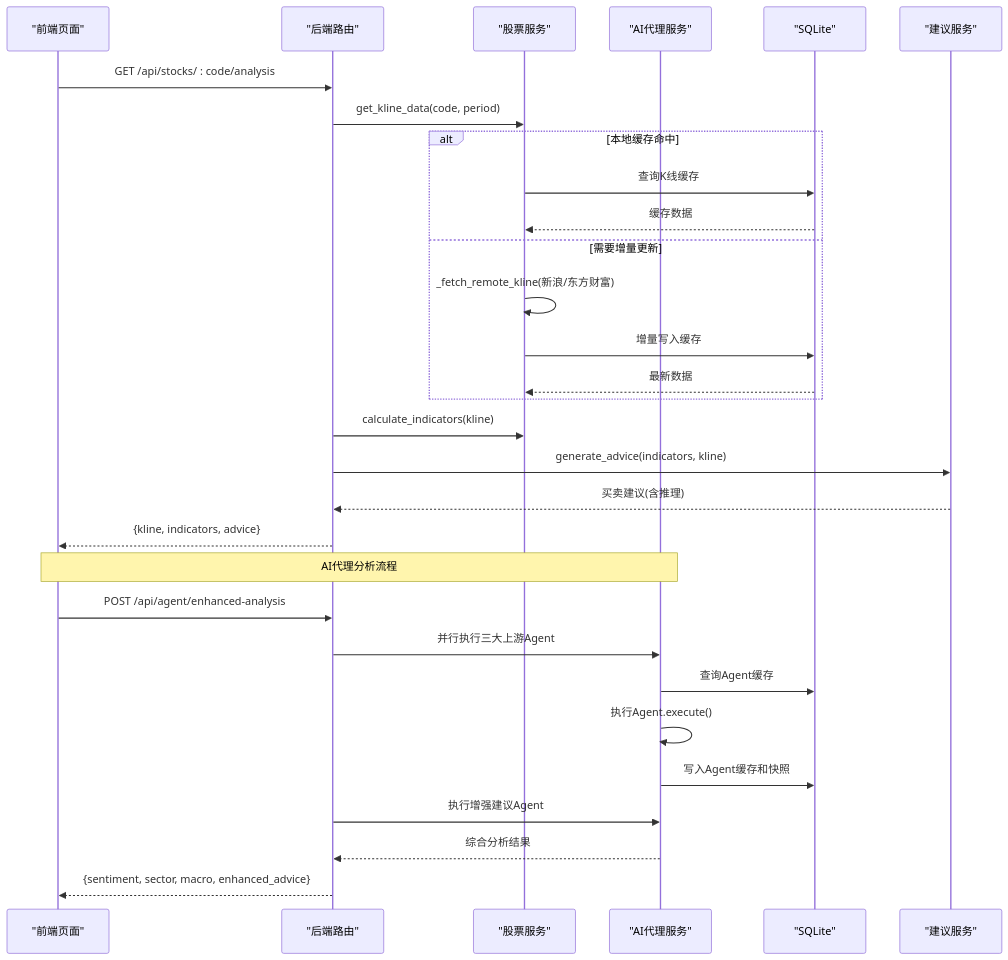
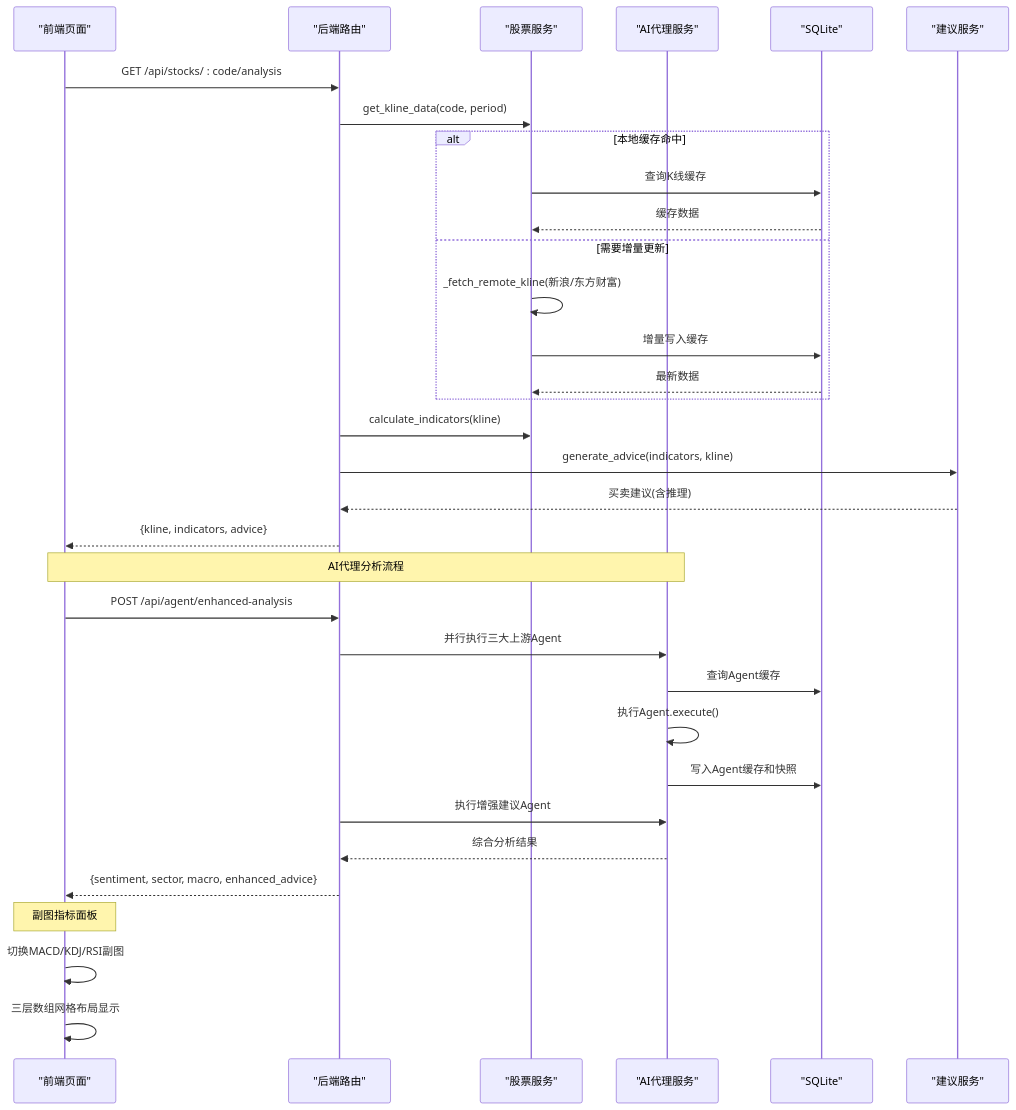
Before and after one commit to Moruime/stock_foker: the second of 11 diagrams in .qoder/repowiki/zh/content/核心功能/技术面分析系统/技术面分析系统.md, drawn with Mermaid. The commit also changed other lines of this file and 15 other files, not shown here.

````diff
--- a/.qoder/repowiki/zh/content/核心功能/技术面分析系统/技术面分析系统.md
+++ b/.qoder/repowiki/zh/content/核心功能/技术面分析系统/技术面分析系统.md
@@ -185,32 +205,35 @@
 ```mermaid
 sequenceDiagram
 participant FE as "前端页面"
 participant API as "后端路由"
 participant SVC as "股票服务"
 PARTICIPANT AG as "AI代理服务"
 participant DB as "SQLite"
 participant AD as "建议服务"
 FE->>API : GET /api/stocks/ : code/analysis
 API->>SVC : get_kline_data(code, period)
 alt 本地缓存命中
 SVC->>DB : 查询K线缓存
 DB-->>SVC : 缓存数据
 else 需要增量更新
 SVC->>SVC : _fetch_remote_kline(新浪/东方财富)
 SVC->>DB : 增量写入缓存
 DB-->>SVC : 最新数据
 end
 API->>SVC : calculate_indicators(kline)
 API->>AD : generate_advice(indicators, kline)
 AD-->>API : 买卖建议(含推理)
 API-->>FE : {kline, indicators, advice}
 Note over FE,AG : AI代理分析流程
 FE->>API : POST /api/agent/enhanced-analysis
 API->>AG : 并行执行三大上游Agent
 AG->>DB : 查询Agent缓存
 AG->>AG : 执行Agent.execute()
 AG->>DB : 写入Agent缓存和快照
 API->>AG : 执行增强建议Agent
 AG-->>API : 综合分析结果
 API-->>FE : {sentiment, sector, macro, enhanced_advice}
+Note over FE : 副图指标面板
+FE->>FE : 切换MACD/KDJ/RSI副图
+FE->>FE : 三层数组网格布局显示
 ```
````
